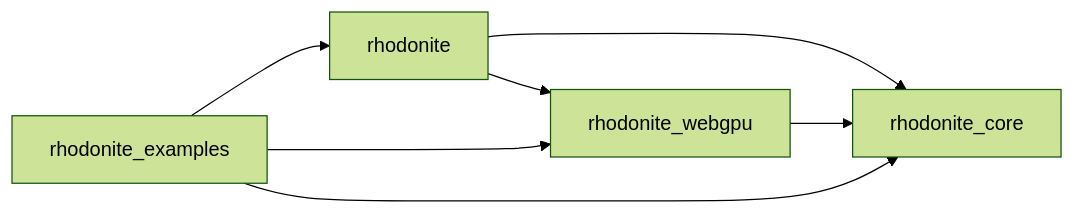
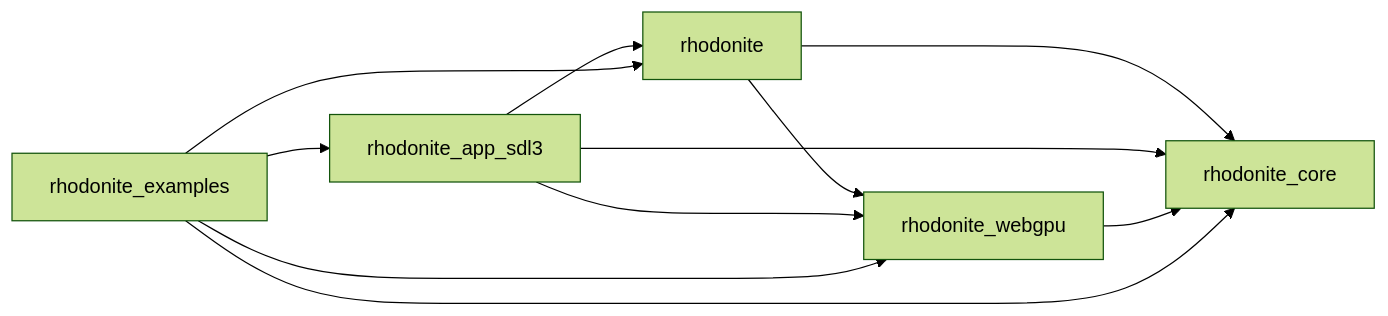
Before and after one commit to emadurandal/RhodoniteMBT: the diagram in docs/module_boundaries.md, drawn with Mermaid (forest theme). The commit also changed other lines of this file and 24 other files, not shown here.

First line of the commit message:
Add SDL3 native app runtime helpers for RhodoniteMBT

````diff
--- a/docs/module_boundaries.md
+++ b/docs/module_boundaries.md
@@ -27,13 +28,18 @@
 ```mermaid
 flowchart LR
   facade["rhodonite"]
+  app_sdl3["rhodonite_app_sdl3"]
   webgpu["rhodonite_webgpu"]
   core["rhodonite_core"]
   examples["rhodonite_examples"]
   facade --> webgpu
   facade --> core
+  app_sdl3 --> facade
+  app_sdl3 --> webgpu
+  app_sdl3 --> core
   examples --> facade
+  examples --> app_sdl3
   webgpu --> core
   examples --> webgpu
   examples --> core
 ```
````
